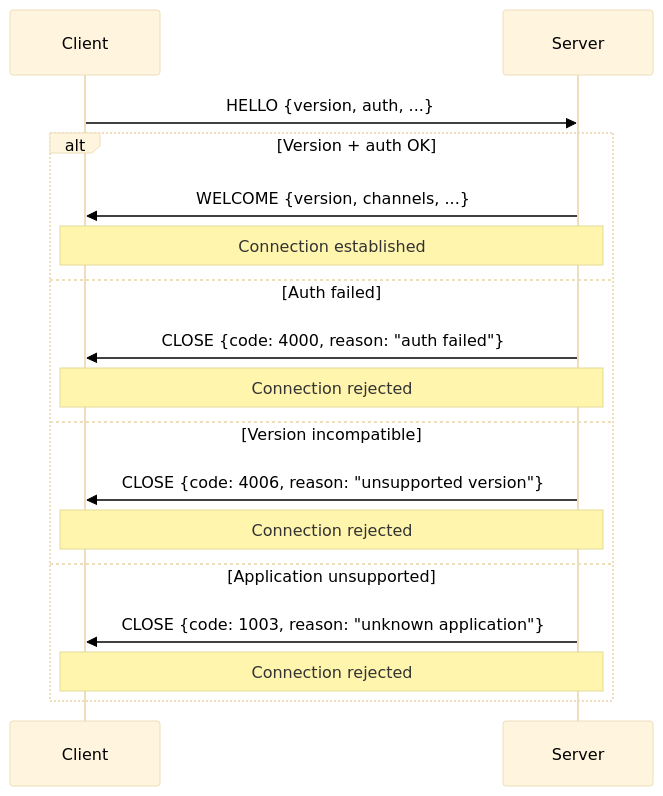
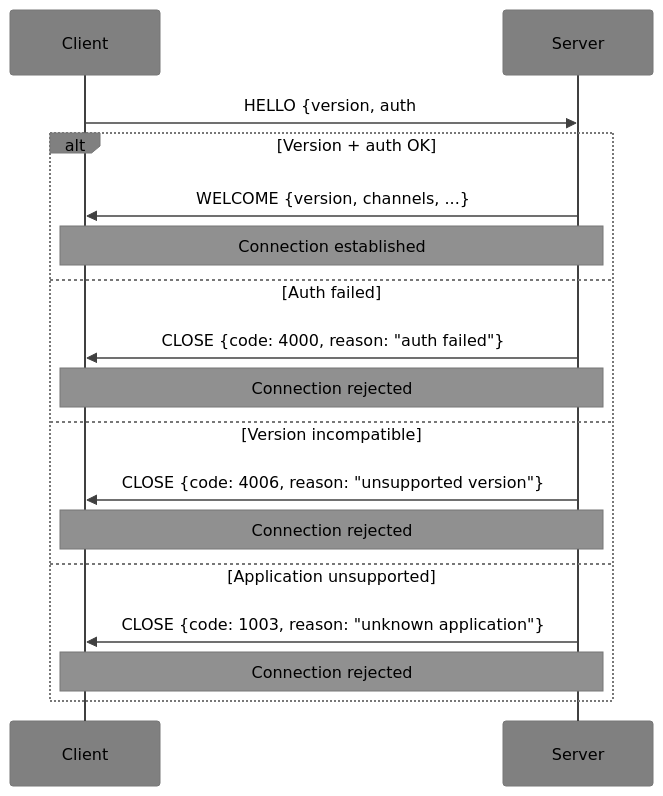
The seventh of 16 diagrams in README.md (deftai/xumux), drawn with Mermaid before and after one commit. The commit also changed other lines of this file, not shown here.

Commit message:
docs: apply grayscale theme to all README mermaid diagrams

````diff
--- a/README.md
+++ b/README.md
@@ -352,22 +352,22 @@
 ```mermaid
-%%{init: {'theme': 'base', 'themeVariables': {'primaryTextColor': '#000', 'lineColor': '#333'}}}%%
+%%{init: {'theme': 'base', 'themeVariables': {'primaryTextColor': '#000000', 'secondaryTextColor': '#000000', 'tertiaryTextColor': '#000000', 'noteTextColor': '#000000', 'primaryColor': '#909090', 'secondaryColor': '#808080', 'tertiaryColor': '#707070', 'lineColor': '#404040', 'actorLineColor': '#404040', 'signalColor': '#404040', 'actorBkg': '#808080', 'actorTextColor': '#000000', 'noteBkgColor': '#909090'}}}%%
 sequenceDiagram
     participant C as Client
     participant S as Server
 
-    C->>S: HELLO {version, auth, ...}
+    C->>S: HELLO {version, auth
 
     alt Version + auth OK
         S->>C: WELCOME {version, channels, ...}
         Note over C,S: Connection established
     else Auth failed
         S->>C: CLOSE {code: 4000, reason: "auth failed"}
         Note over C,S: Connection rejected
     else Version incompatible
         S->>C: CLOSE {code: 4006, reason: "unsupported version"}
         Note over C,S: Connection rejected
     else Application unsupported
         S->>C: CLOSE {code: 1003, reason: "unknown application"}
         Note over C,S: Connection rejected
     end
 ```
````
